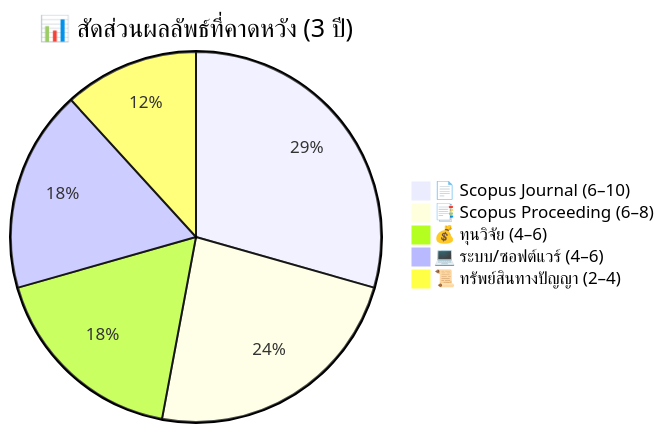
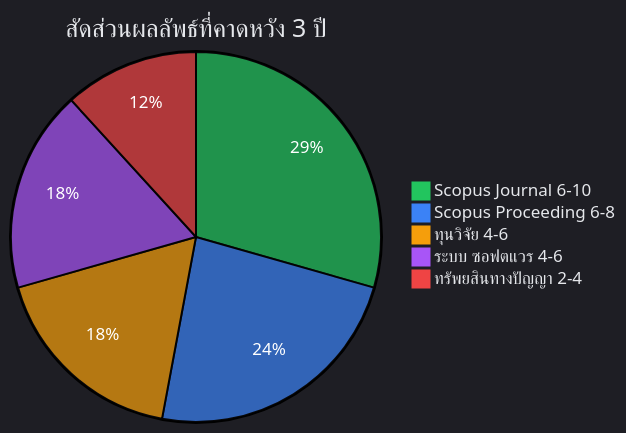
Before and after one commit to nutthakorn7/kmutnb-fte-portfolio: the fifth of 5 diagrams in research-plan/research_plan_2026_2029.md, drawn with Mermaid. The commit also changed other lines of this file and 5 other files, not shown here.

Commit message:
Unify dark theme: bright Mermaid colors across all pages (README, research plan, 4 teaching plans)

````diff
--- a/research-plan/research_plan_2026_2029.md
+++ b/research-plan/research_plan_2026_2029.md
@@ -470,8 +470,9 @@
 ```mermaid
-pie title 📊 สัดส่วนผลลัพธ์ที่คาดหวัง (3 ปี)
-    "📄 Scopus Journal (6–10)" : 10
-    "📑 Scopus Proceeding (6–8)" : 8
-    "💰 ทุนวิจัย (4–6)" : 6
-    "💻 ระบบ/ซอฟต์แวร์ (4–6)" : 6
-    "📜 ทรัพย์สินทางปัญญา (2–4)" : 4
+%%{init: {'theme': 'dark', 'themeVariables': {'pie1': '#22c55e', 'pie2': '#3b82f6', 'pie3': '#f59e0b', 'pie4': '#a855f7', 'pie5': '#ef4444', 'pieTitleTextColor': '#e5e7eb', 'pieSectionTextColor': '#fff', 'pieLegendTextColor': '#e5e7eb'}}}%%
+pie title สัดส่วนผลลัพธ์ที่คาดหวัง 3 ปี
+    "Scopus Journal 6-10" : 10
+    "Scopus Proceeding 6-8" : 8
+    "ทุนวิจัย 4-6" : 6
+    "ระบบ ซอฟตแวร 4-6" : 6
+    "ทรัพยสินทางปัญญา 2-4" : 4
 ```
````
